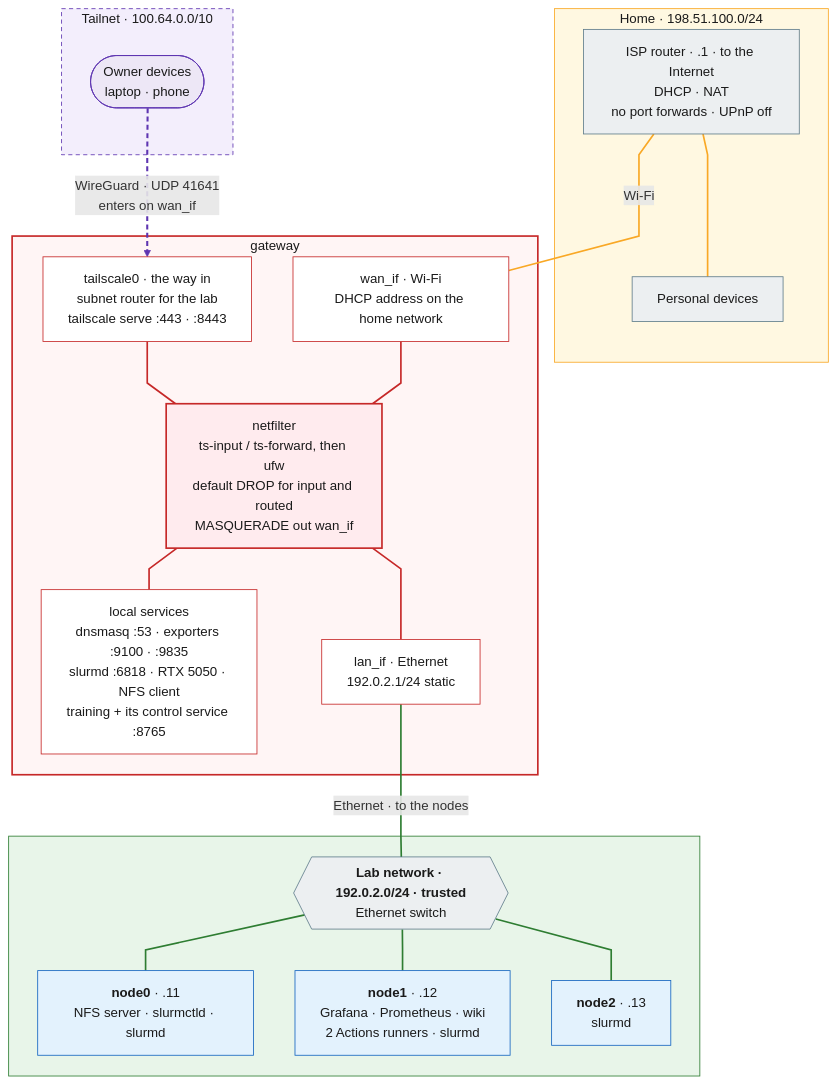
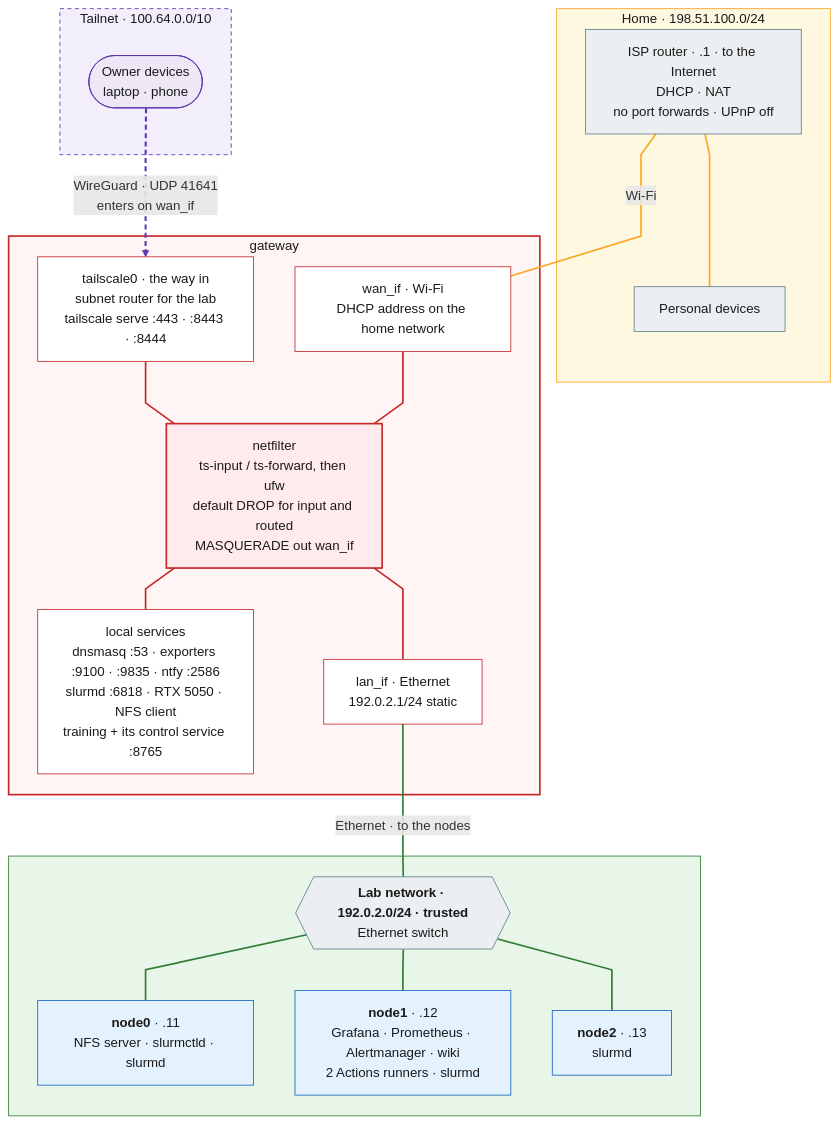
One commit to RyanMoore-phys/homelab-infra changed the first of 4 diagrams in docs/architecture.md. Above: the diagram before and after it, drawn with Mermaid. The commit also changed other lines of this file and 41 other files, not shown here.

````diff
--- a/docs/architecture.md
+++ b/docs/architecture.md
@@ -27,55 +27,55 @@
 ```mermaid
 flowchart TB
     subgraph HOME["Home · 198.51.100.0/24"]
         isp["ISP router · .1 · to the Internet<br/>DHCP · NAT<br/>no port forwards · UPnP off"]
         personal["Personal devices"]
     end
     subgraph TAILNET["Tailnet · 100.64.0.0/10"]
         owner(["Owner devices<br/>laptop · phone"])
     end
     subgraph GW["gateway"]
         wan["wan_if · Wi-Fi<br/>DHCP address on the home network"]
-        tsif["tailscale0 · the way in<br/>subnet router for the lab<br/>tailscale serve :443 · :8443"]
+        tsif["tailscale0 · the way in<br/>subnet router for the lab<br/>tailscale serve :443 · :8443 · :8444"]
         nf["netfilter<br/>ts-input / ts-forward, then ufw<br/>default DROP for input and routed<br/>MASQUERADE out wan_if"]
-        svc["local services<br/>dnsmasq :53 · exporters :9100 · :9835<br/>slurmd :6818 · RTX 5050 · NFS client<br/>training + its control service :8765"]
+        svc["local services<br/>dnsmasq :53 · exporters :9100 · :9835 · ntfy :2586<br/>slurmd :6818 · RTX 5050 · NFS client<br/>training + its control service :8765"]
         lan["lan_if · Ethernet<br/>192.0.2.1/24 static"]
     end
     subgraph LAB[" "]
         sw{{"<b>Lab network · 192.0.2.0/24 · trusted</b><br/>Ethernet switch"}}
         n0["<b>node0</b> · .11<br/>NFS server · slurmctld · slurmd"]
-        n1["<b>node1</b> · .12<br/>Grafana · Prometheus · wiki<br/>2 Actions runners · slurmd"]
+        n1["<b>node1</b> · .12<br/>Grafana · Prometheus · Alertmanager · wiki<br/>2 Actions runners · slurmd"]
         n2["<b>node2</b> · .13<br/>slurmd"]
     end
 
     isp --- personal
     isp ---|"Wi-Fi"| wan
     owner -.->|"WireGuard · UDP 41641<br/>enters on wan_if"| tsif
     wan --- nf
     tsif --- nf
     nf --- svc
     nf --- lan
     lan ---|"Ethernet · to the nodes"| sw
     sw --- n0
     sw --- n1
     sw --- n2
 
     classDef boundary fill:#ffebee,stroke:#c62828,stroke-width:2px,color:#1a1a1a
     classDef iface fill:#ffffff,stroke:#c62828,color:#1a1a1a
     classDef host fill:#e3f2fd,stroke:#1565c0,color:#1a1a1a
     classDef infra fill:#eceff1,stroke:#607d8b,color:#1a1a1a
     classDef actor fill:#ede7f6,stroke:#5e35b1,color:#1a1a1a
     class nf boundary
     class wan,lan,tsif,svc iface
     class n0,n1,n2 host
     class isp,personal,sw infra
     class owner actor
     style GW fill:#fff5f5,stroke:#c62828,stroke-width:2px,color:#1a1a1a
     style LAB fill:#e8f5e9,stroke:#2e7d32,color:#1a1a1a
     style HOME fill:#fff8e1,stroke:#f9a825,color:#1a1a1a
     style TAILNET fill:#f3eefc,stroke:#5e35b1,stroke-dasharray:5 4,color:#1a1a1a
     linkStyle default interpolate linear
     linkStyle 0,1 stroke:#f9a825,stroke-width:2px
     linkStyle 2 stroke:#5e35b1,stroke-width:2.5px,stroke-dasharray:6 4
     linkStyle 3,4,5,6 stroke:#c62828,stroke-width:2px
     linkStyle 7,8,9,10 stroke:#2e7d32,stroke-width:2px
 ```
````
